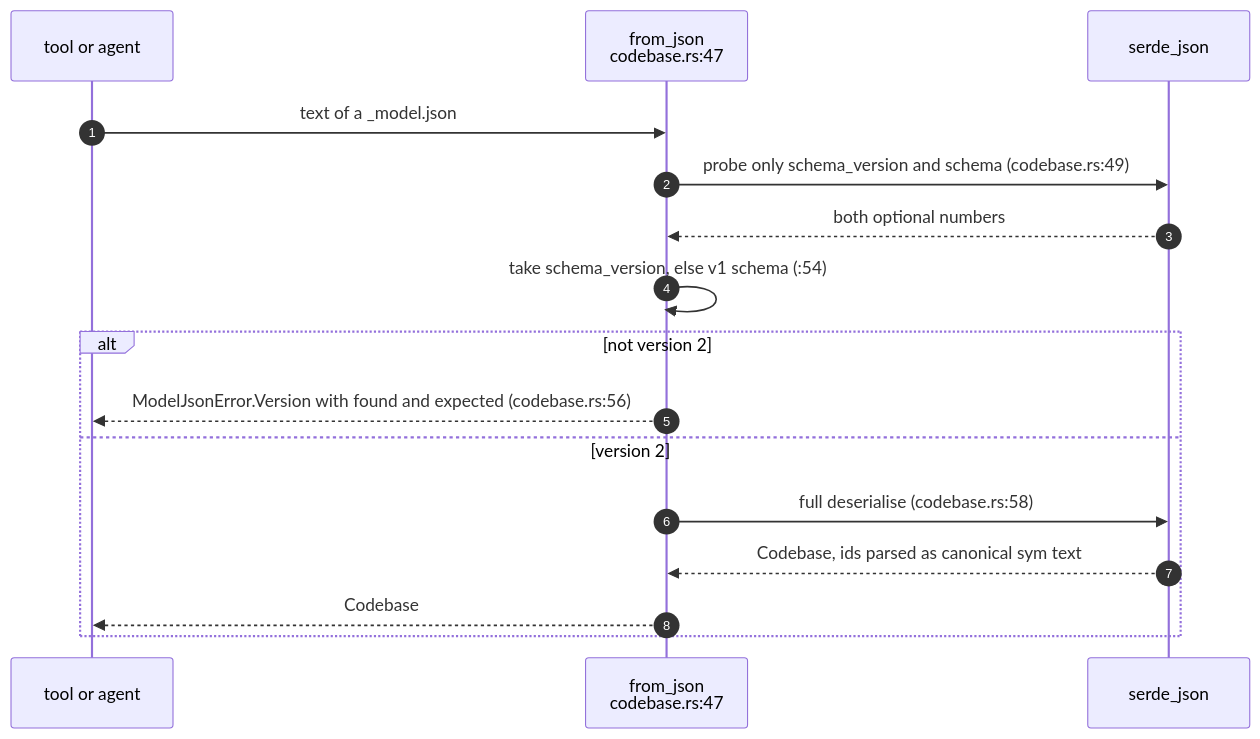
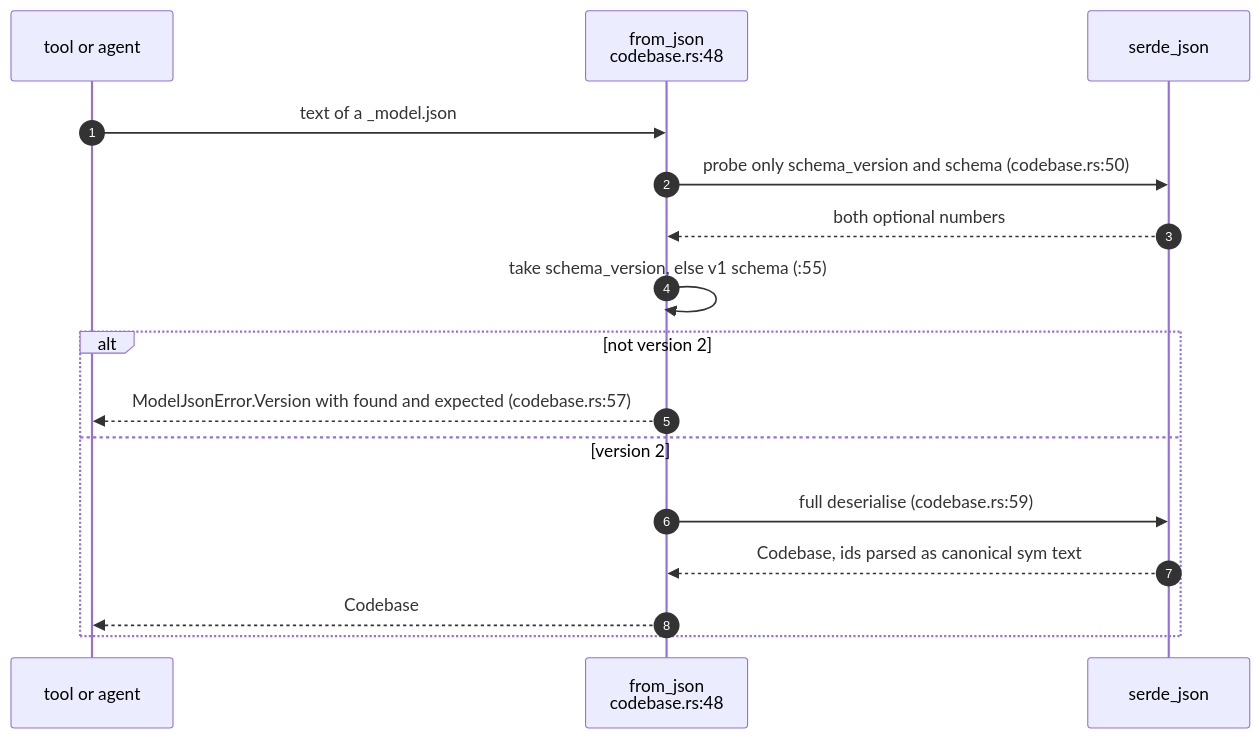
One commit to DreamLab-AI/codemaid changed the fourth of 5 diagrams in docs/diagrams/model/03-the-codebase-model-and-schema-v2.md. Above: the diagram before and after it, drawn with Mermaid. The commit also changed other lines of this file and 21 other files, not shown here.

````diff
--- a/docs/diagrams/model/03-the-codebase-model-and-schema-v2.md
+++ b/docs/diagrams/model/03-the-codebase-model-and-schema-v2.md
@@ -185,18 +185,18 @@
 ```mermaid
 sequenceDiagram
     autonumber
     participant CL as tool or agent
-    participant FJ as from_json<br/>codebase.rs:47
+    participant FJ as from_json<br/>codebase.rs:48
     participant SJ as serde_json
     CL->>FJ: text of a _model.json
-    FJ->>SJ: probe only schema_version and schema (codebase.rs:49)
+    FJ->>SJ: probe only schema_version and schema (codebase.rs:50)
     SJ-->>FJ: both optional numbers
-    FJ->>FJ: take schema_version, else v1 schema (:54)
+    FJ->>FJ: take schema_version, else v1 schema (:55)
     alt not version 2
-        FJ-->>CL: ModelJsonError.Version with found and expected (codebase.rs:56)
+        FJ-->>CL: ModelJsonError.Version with found and expected (codebase.rs:57)
     else version 2
-        FJ->>SJ: full deserialise (codebase.rs:58)
+        FJ->>SJ: full deserialise (codebase.rs:59)
         SJ-->>FJ: Codebase, ids parsed as canonical sym text
         FJ-->>CL: Codebase
     end
 ```
````
